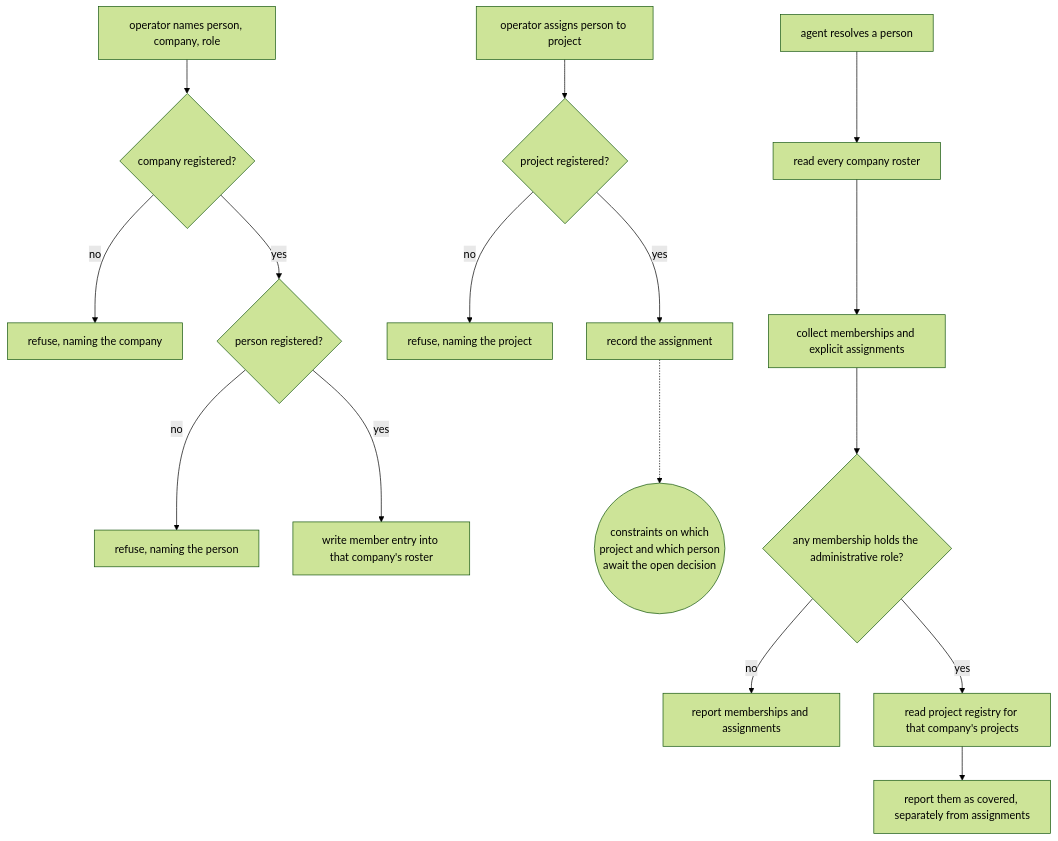
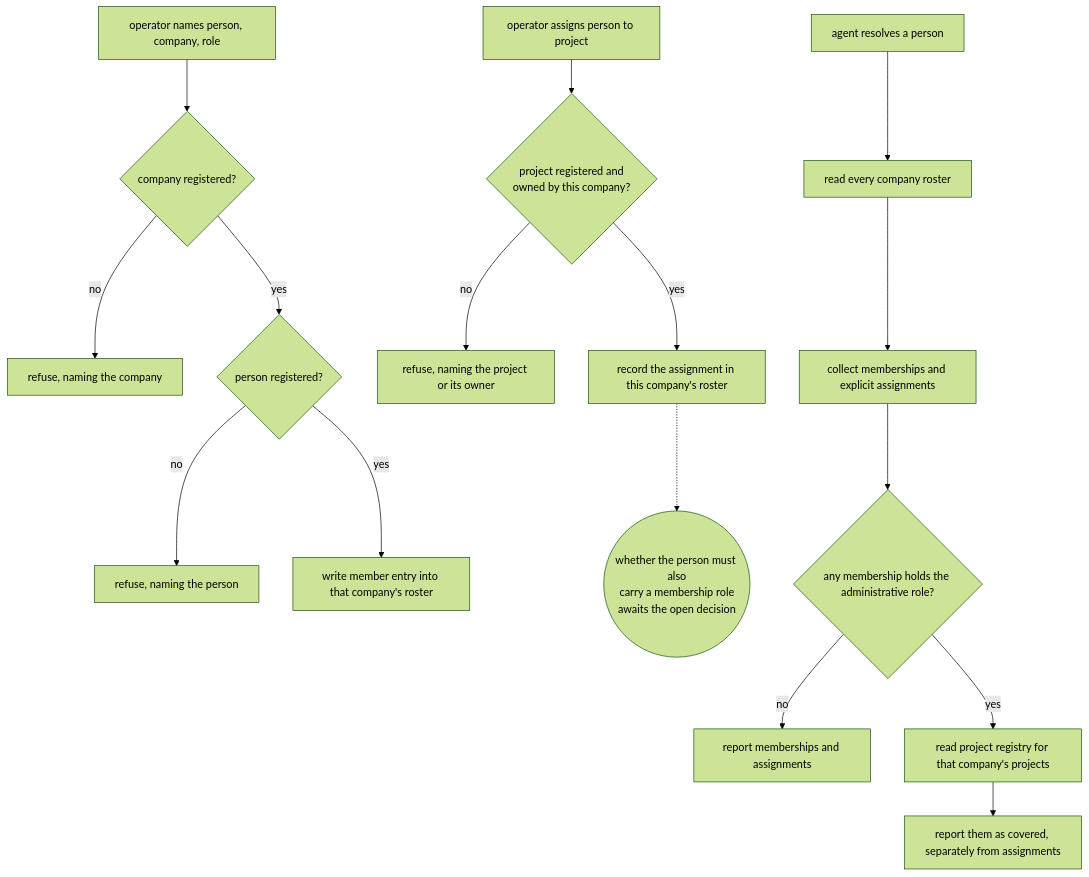
One commit to InstruktAI/TeleClaude changed the diagram in docs/project/design/architecture/organizational-membership.md. Above: the diagram before and after it, drawn with Mermaid (forest theme). The commit also changed other lines of this file, not shown here.

First line of the commit message:
docs(architecture,config): separate the ownership rule from the membership question

````diff
--- a/docs/project/design/architecture/organizational-membership.md
+++ b/docs/project/design/architecture/organizational-membership.md
@@ -120,20 +123,20 @@
 ```mermaid
 flowchart TD
     A[operator names person, company, role] --> B{company registered?}
     B -- no --> R1[refuse, naming the company]
     B -- yes --> C{person registered?}
     C -- no --> R2[refuse, naming the person]
     C -- yes --> D[write member entry into that company's roster]
 
-    E[operator assigns person to project] --> F{project registered?}
-    F -- no --> R3[refuse, naming the project]
-    F -- yes --> G[record the assignment]
-    G -.-> P((constraints on which<br/>project and which person<br/>await the open decision))
+    E[operator assigns person to project] --> F{project registered and<br/>owned by this company?}
+    F -- no --> R3[refuse, naming the project or its owner]
+    F -- yes --> G[record the assignment in this company's roster]
+    G -.-> P((whether the person must also<br/>carry a membership role<br/>awaits the open decision))
 
     I[agent resolves a person] --> J[read every company roster]
     J --> K[collect memberships and explicit assignments]
     K --> L{any membership holds the administrative role?}
     L -- no --> M[report memberships and assignments]
     L -- yes --> N[read project registry for that company's projects]
     N --> O[report them as covered, separately from assignments]
 ```
````
